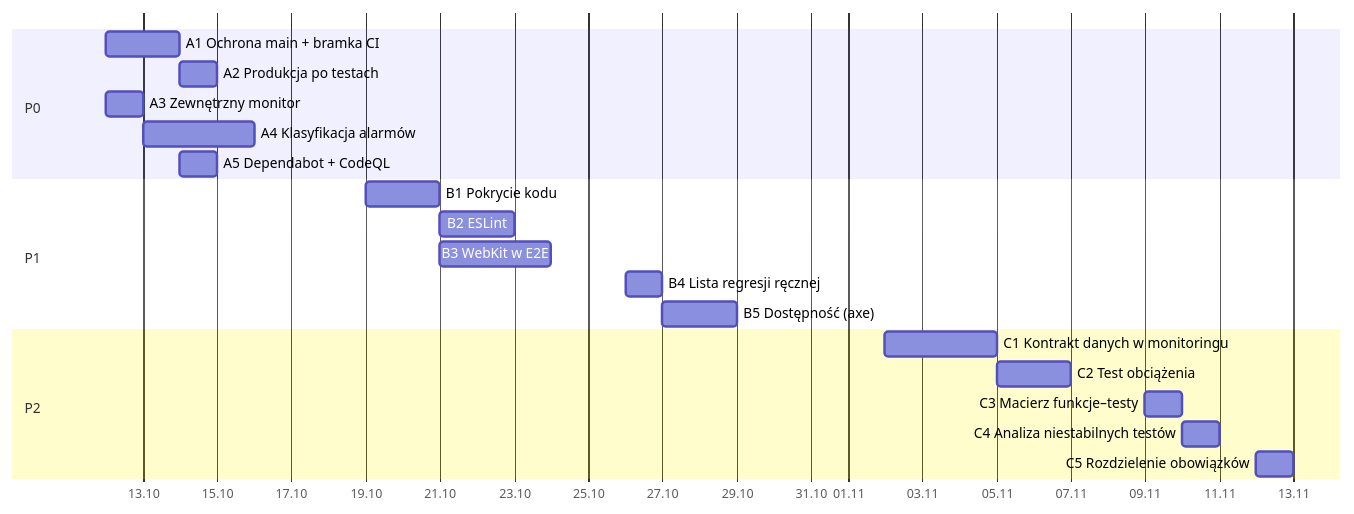
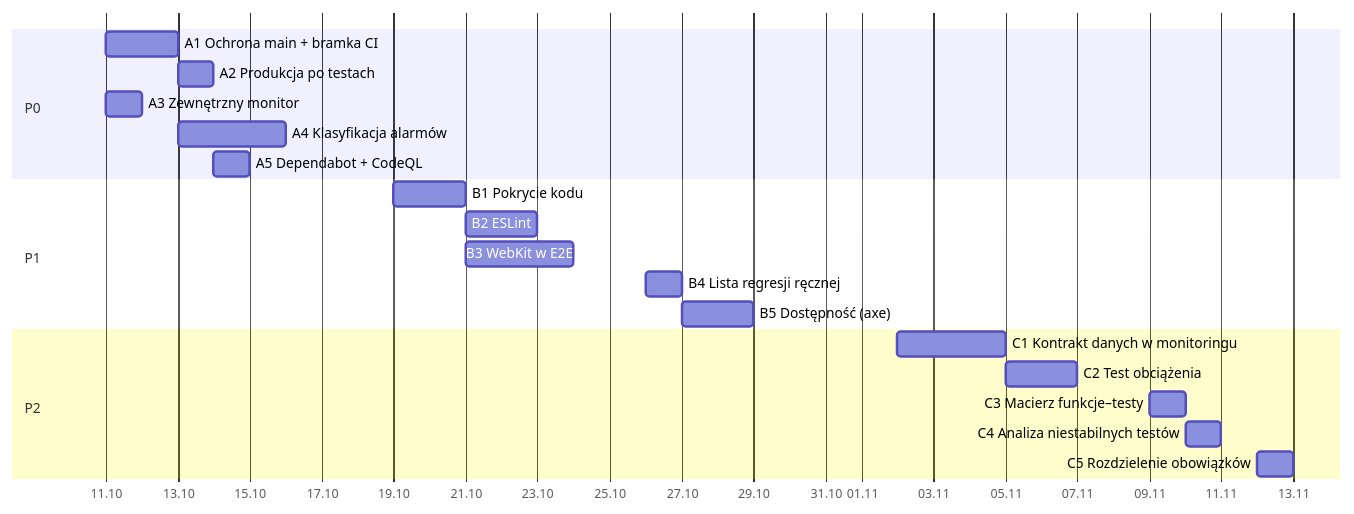
One commit to pacy2u/waweye changed the diagram in waweye/PLAN_NAPRAWCZY_TESTOW.md. Above: the diagram before and after it, drawn with Mermaid. The commit also changed other lines of this file and 13 other files, not shown here.

````diff
--- a/waweye/PLAN_NAPRAWCZY_TESTOW.md
+++ b/waweye/PLAN_NAPRAWCZY_TESTOW.md
@@ -57,23 +57,23 @@
 ```mermaid
 gantt
     dateFormat YYYY-MM-DD
     axisFormat %d.%m
     section P0
-    A1 Ochrona main + bramka CI      :a1, 2026-10-12, 2d
+    A1 Ochrona main + bramka CI      :a1, 2026-10-11, 2d
     A2 Produkcja po testach          :a2, after a1, 1d
-    A3 Zewnętrzny monitor            :a3, 2026-10-12, 1d
+    A3 Zewnętrzny monitor            :a3, 2026-10-11, 1d
     A4 Klasyfikacja alarmów          :a4, 2026-10-13, 3d
     A5 Dependabot + CodeQL           :a5, 2026-10-14, 1d
     section P1
     B1 Pokrycie kodu                 :b1, 2026-10-19, 2d
     B2 ESLint                        :b2, after b1, 2d
     B3 WebKit w E2E                  :b3, 2026-10-21, 3d
     B4 Lista regresji ręcznej        :b4, 2026-10-26, 1d
     B5 Dostępność (axe)              :b5, 2026-10-27, 2d
     section P2
     C1 Kontrakt danych w monitoringu :c1, 2026-11-02, 3d
     C2 Test obciążenia               :c2, 2026-11-05, 2d
     C3 Macierz funkcje–testy         :c3, 2026-11-09, 1d
     C4 Analiza niestabilnych testów  :c4, 2026-11-10, 1d
     C5 Rozdzielenie obowiązków       :c5, 2026-11-12, 1d
 ```
````
